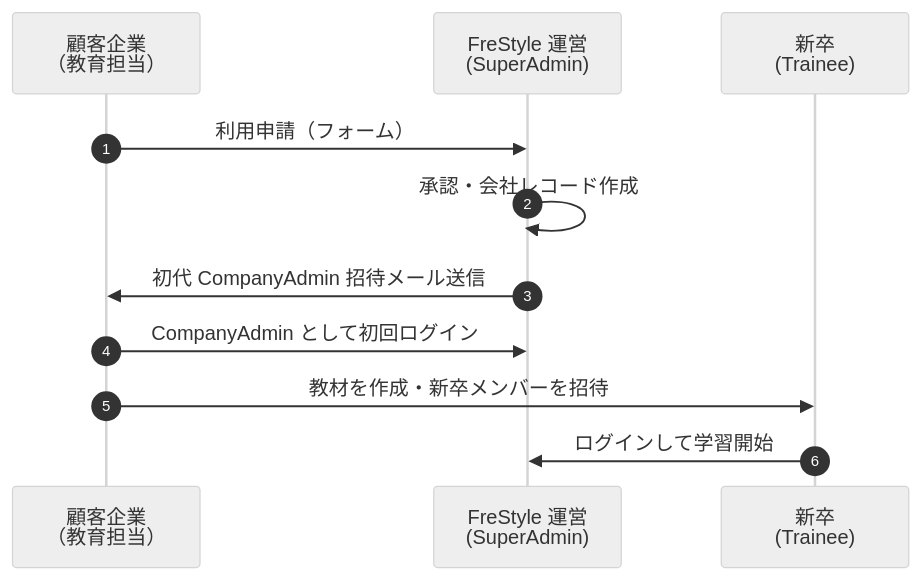
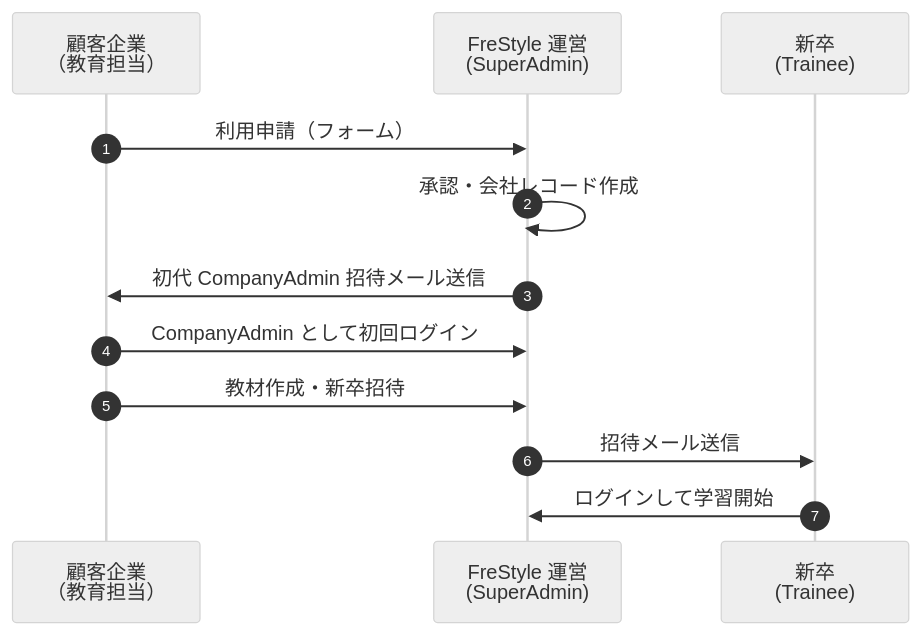
Before and after one commit to norman6464/FreStyle: the first of 3 diagrams in README.md, drawn with Mermaid (neutral theme). The commit also changed other lines of this file and 3 other files, not shown here.

````diff
--- a/README.md
+++ b/README.md
@@ -47,14 +47,15 @@
 ```mermaid
 sequenceDiagram
     autonumber
     participant Company as 顧客企業<br/>（教育担当）
     participant FreStyle as FreStyle 運営<br/>(SuperAdmin)
     participant Trainee as 新卒<br/>(Trainee)
 
     Company->>FreStyle: 利用申請（フォーム）
     FreStyle->>FreStyle: 承認・会社レコード作成
     FreStyle->>Company: 初代 CompanyAdmin 招待メール送信
     Company->>FreStyle: CompanyAdmin として初回ログイン
-    Company->>Trainee: 教材を作成・新卒メンバーを招待
+    Company->>FreStyle: 教材作成・新卒招待
+    FreStyle->>Trainee: 招待メール送信
     Trainee->>FreStyle: ログインして学習開始
 ```
````
